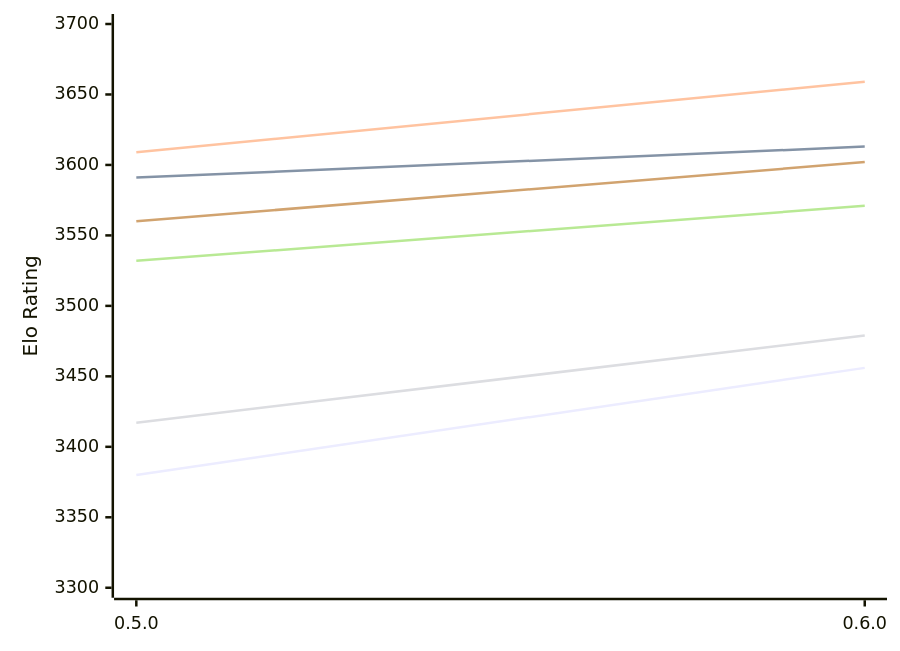
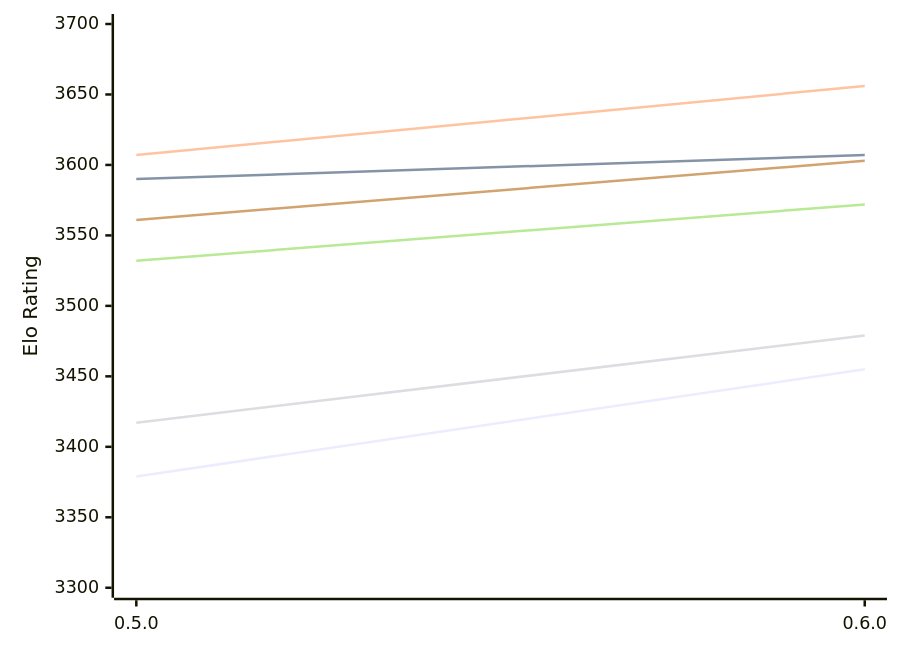
The diagram in engines/Incipit.md (computer-chess-index/cci), drawn with Mermaid before and after one commit. The commit also changed other lines of this file, not shown here.

Commit message:
Update CCI Ratings (ELO VLTC) - 2026-11-28

````diff
--- a/engines/Incipit.md
+++ b/engines/Incipit.md
@@ -49,12 +49,12 @@
 ```mermaid
 %%{init: {"theme":"base","themeVariables":{"seriesColors:['#a3a3a3','#222221','#faa371']}}}%%
 xychart-beta
   x-axis ["0.5.0", "0.6.0"]
   y-axis "Elo Rating" 3300 --> 3700
-  line "E1: STC (8.0+0.08s)" [3380, 3456]
-  line "E1: LTC (60.0+0.60s)" [3591, 3613]
-  line "E1: VLTC (2m24s+1.12s)" [3609, 3659]
+  line "E1: STC (8.0+0.08s)" [3379, 3455]
+  line "E1: LTC (60.0+0.60s)" [3590, 3607]
+  line "E1: VLTC (2m24s+1.12s)" [3607, 3656]
   line "P1: STC (8.0+0.08s)" [3417, 3479]
-  line "P1: LTC (60.0+0.60s)" [3532, 3571]
-  line "P1: VLTC (2m24s+1.12s)" [3560, 3602]
+  line "P1: LTC (60.0+0.60s)" [3532, 3572]
+  line "P1: VLTC (2m24s+1.12s)" [3561, 3603]
 ```
````
